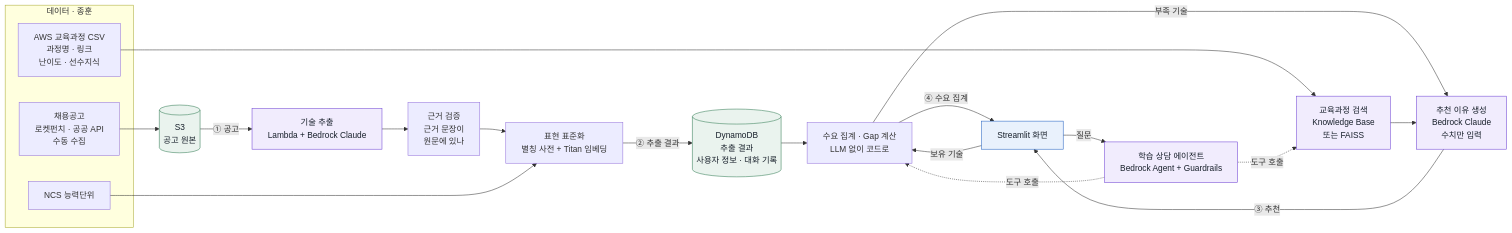
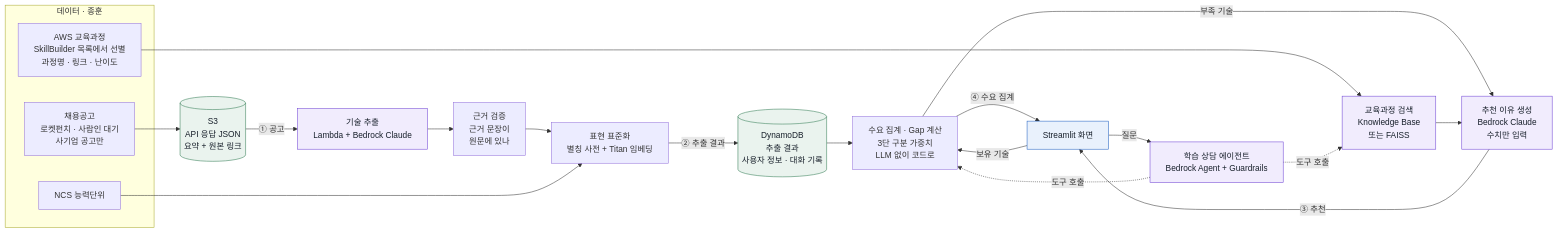
Before and after one commit to Sungsim-Metro/skillpath-ai: the second of 2 diagrams in docs/service-flow.md, drawn with Mermaid. The commit also changed other lines of this file and 4 other files, not shown here.

First line of the commit message:
11/12 회의 결정을 기획·개발·플로우 문서와 작업 지침에 반영

````diff
--- a/docs/service-flow.md
+++ b/docs/service-flow.md
@@ -34,43 +35,43 @@
 ```mermaid
 flowchart LR
     subgraph SRC["데이터 · 종훈"]
-        posting["채용공고<br/>로켓펀치 · 공공 API<br/>수동 수집"]
+        posting["채용공고<br/>로켓펀치 · 사람인 대기<br/>사기업 공고만"]
         ncs["NCS 능력단위"]
-        course["AWS 교육과정 CSV<br/>과정명 · 링크<br/>난이도 · 선수지식"]
+        course["AWS 교육과정<br/>SkillBuilder 목록에서 선별<br/>과정명 · 링크 · 난이도"]
     end
 
-    s3[("S3<br/>공고 원본")]
+    s3[("S3<br/>API 응답 JSON<br/>요약 + 원본 링크")]
     extract["기술 추출<br/>Lambda + Bedrock Claude"]
     verify["근거 검증<br/>근거 문장이<br/>원문에 있나"]
     normalize["표현 표준화<br/>별칭 사전 + Titan 임베딩"]
     ddb[("DynamoDB<br/>추출 결과<br/>사용자 정보 · 대화 기록")]
-    gap["수요 집계 · Gap 계산<br/>LLM 없이 코드로"]
+    gap["수요 집계 · Gap 계산<br/>3단 구분 가중치<br/>LLM 없이 코드로"]
     search["교육과정 검색<br/>Knowledge Base<br/>또는 FAISS"]
     reason["추천 이유 생성<br/>Bedrock Claude<br/>수치만 입력"]
     agent["학습 상담 에이전트<br/>Bedrock Agent + Guardrails"]
     app["Streamlit 화면"]
 
     posting --> s3
     s3 -- "① 공고" --> extract
     extract --> verify
     verify --> normalize
     ncs --> normalize
     normalize -- "② 추출 결과" --> ddb
     ddb --> gap
     gap -- "④ 수요 집계" --> app
     app -- "보유 기술" --> gap
     gap -- "부족 기술" --> reason
     course --> search
     search --> reason
     reason -- "③ 추천" --> app
     app -- "질문" --> agent
     agent -. "도구 호출" .-> gap
     agent -. "도구 호출" .-> search
 
     classDef ai fill:#f1ecfd,stroke:#6b3fd4,color:#18202b
     classDef store fill:#eaf3ee,stroke:#2f7a52,color:#18202b
     classDef ui fill:#e9f1fc,stroke:#1f5fbf,color:#18202b
     class extract,search,reason,agent ai
     class s3,ddb store
     class app ui
 ```
````
